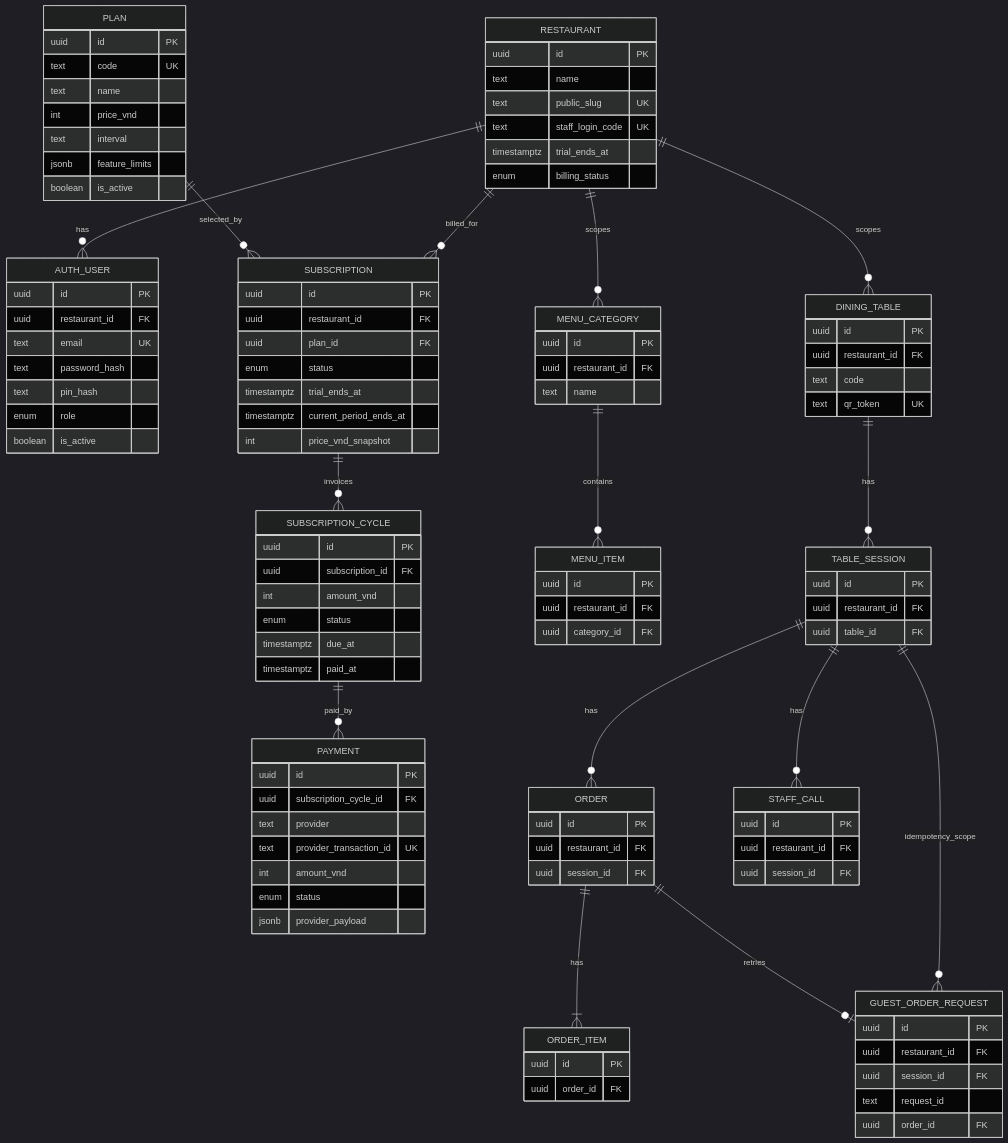
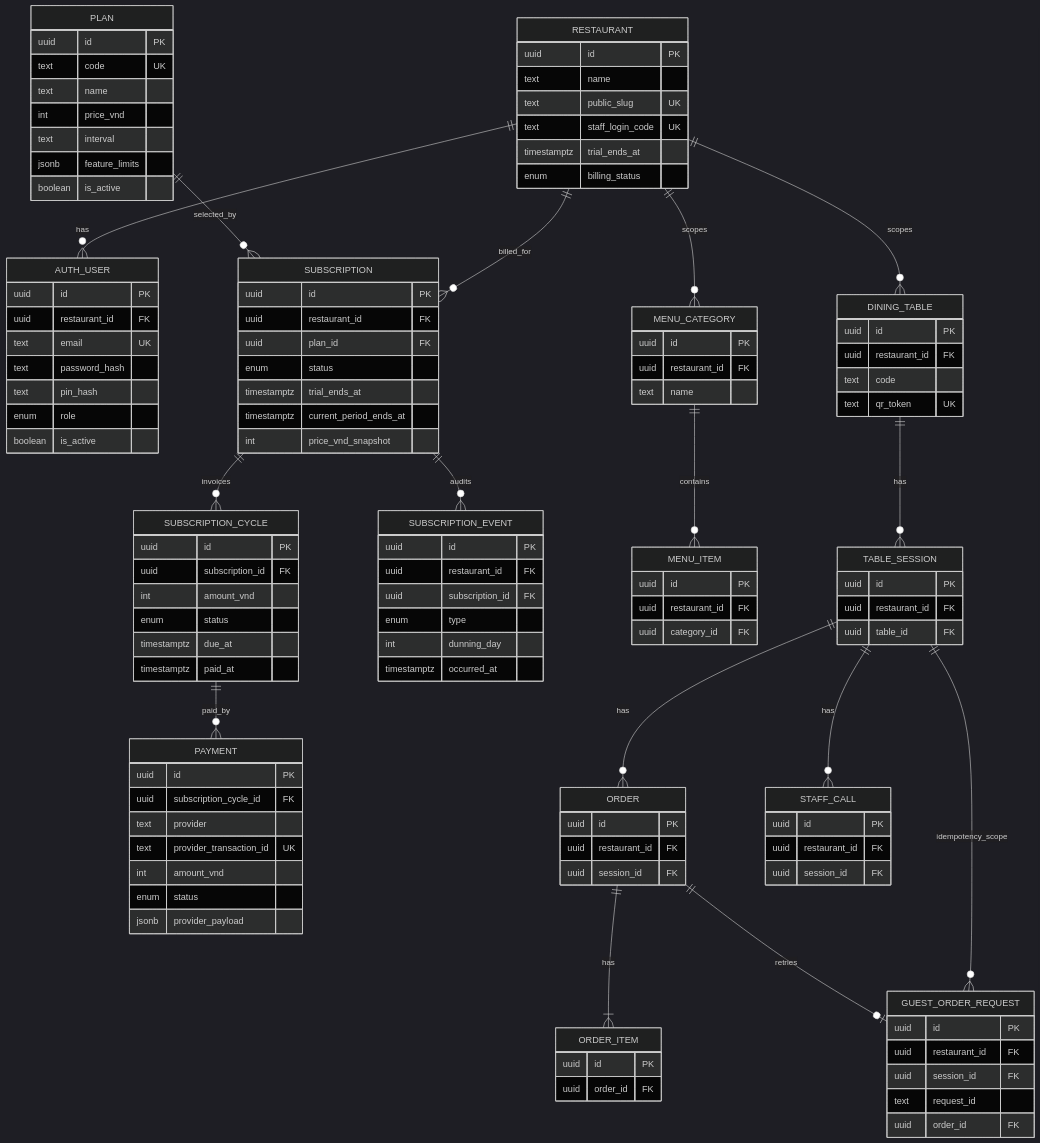
The second of 3 diagrams in ai-docs/10-saas-evolution.md (thanhquing/kimthanh-tableqr), drawn with Mermaid (dark theme) before and after one commit. The commit also changed other lines of this file and 41 other files, not shown here.

```diff
--- a/ai-docs/10-saas-evolution.md
+++ b/ai-docs/10-saas-evolution.md
@@ -64,6 +64,7 @@
   RESTAURANT ||--o{ SUBSCRIPTION : billed_for
   PLAN ||--o{ SUBSCRIPTION : selected_by
   SUBSCRIPTION ||--o{ SUBSCRIPTION_CYCLE : invoices
+  SUBSCRIPTION ||--o{ SUBSCRIPTION_EVENT : audits
   SUBSCRIPTION_CYCLE ||--o{ PAYMENT : paid_by
   RESTAURANT ||--o{ MENU_CATEGORY : scopes
   RESTAURANT ||--o{ DINING_TABLE : scopes
@@ -118,6 +119,14 @@
     timestamptz due_at
     timestamptz paid_at
   }
+  SUBSCRIPTION_EVENT {
+    uuid id PK
+    uuid restaurant_id FK
+    uuid subscription_id FK
+    enum type
+    int dunning_day
+    timestamptz occurred_at
+  }
   PAYMENT {
     uuid id PK
     uuid subscription_cycle_id FK
```
